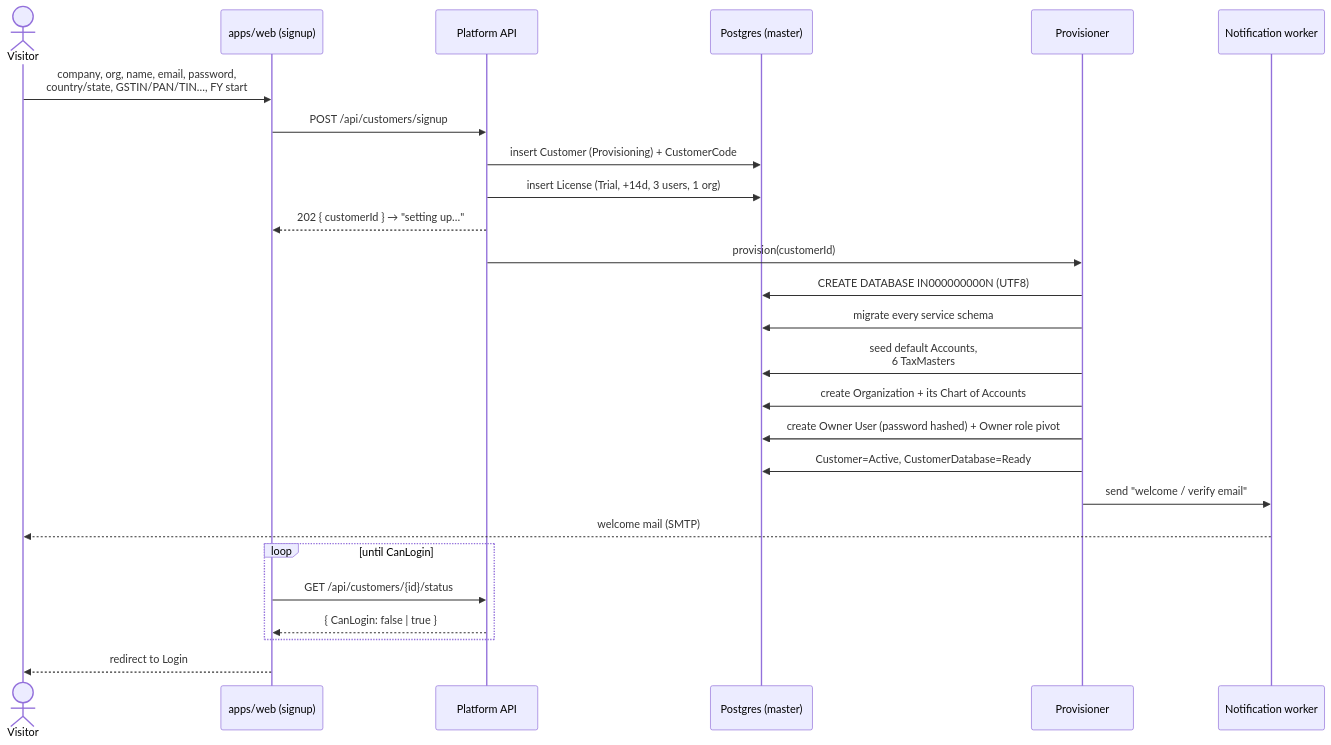
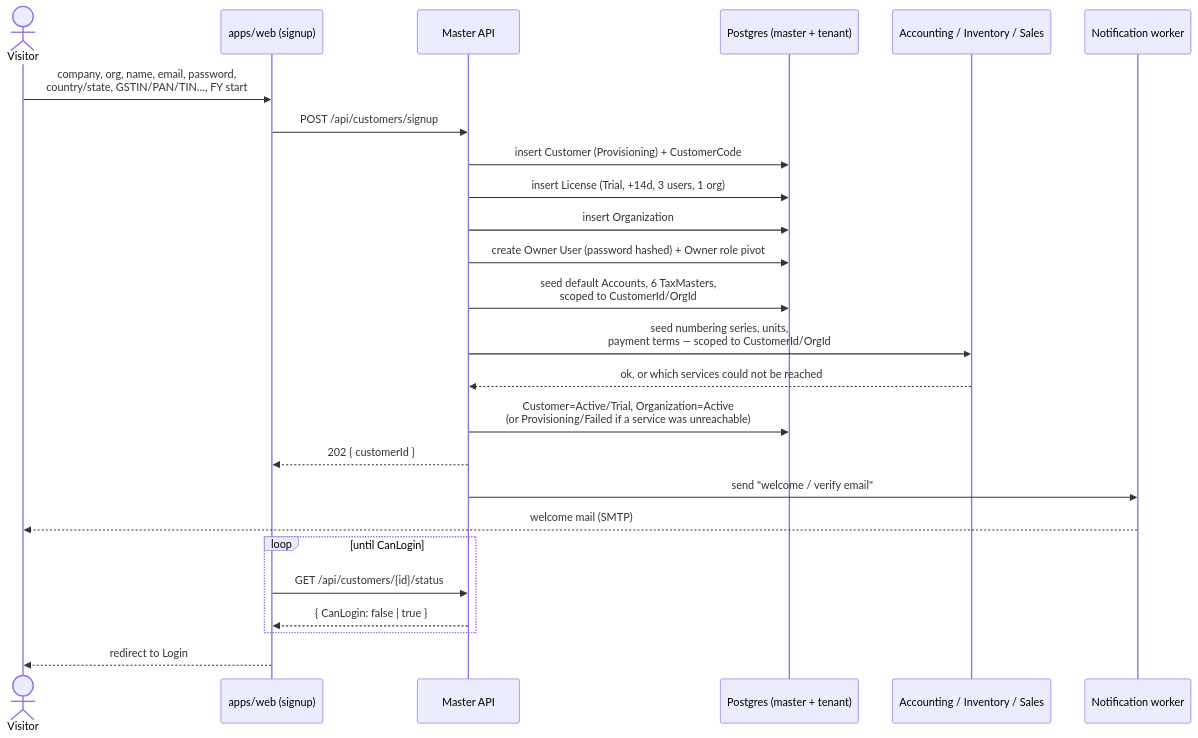
The first of 5 diagrams in docs/Specification.md (jothi-prabaharan/Bill-Book), drawn with Mermaid before and after one commit. The commit also changed other lines of this file and 10 other files, not shown here.

````diff
--- a/docs/Specification.md
+++ b/docs/Specification.md
@@ -1332,29 +1328,28 @@
 ```mermaid
 sequenceDiagram
     actor U as Visitor
     participant W as apps/web (signup)
-    participant P as Platform API
-    participant DB as Postgres (master)
-    participant PV as Provisioner
+    participant P as Master API
+    participant DB as Postgres (master + tenant)
+    participant S as Accounting / Inventory / Sales
     participant N as Notification worker
 
     U->>W: company, org, name, email, password,<br/>country/state, GSTIN/PAN/TIN…, FY start
     W->>P: POST /api/customers/signup
     P->>DB: insert Customer (Provisioning) + CustomerCode
     P->>DB: insert License (Trial, +14d, 3 users, 1 org)
-    P-->>W: 202 { customerId }  → "setting up…"
-    P->>PV: provision(customerId)
-    PV->>DB: CREATE DATABASE IN000000000N (UTF8)
-    PV->>DB: migrate every service schema
-    PV->>DB: seed default Accounts,<br/>6 TaxMasters
-    PV->>DB: create Organization + its Chart of Accounts
-    PV->>DB: create Owner User (password hashed) + Owner role pivot
-    PV->>DB: Customer=Active, CustomerDatabase=Ready
-    PV->>N: send "welcome / verify email"
+    P->>DB: insert Organization
+    P->>DB: create Owner User (password hashed) + Owner role pivot
+    P->>DB: seed default Accounts, 6 TaxMasters,<br/>scoped to CustomerId/OrgId
+    P->>S: seed numbering series, units,<br/>payment terms — scoped to CustomerId/OrgId
+    S-->>P: ok, or which services could not be reached
+    P->>DB: Customer=Active/Trial, Organization=Active<br/>(or Provisioning/Failed if a service was unreachable)
+    P-->>W: 202 { customerId }
+    P->>N: send "welcome / verify email"
     N-->>U: welcome mail (SMTP)
     loop until CanLogin
         W->>P: GET /api/customers/{id}/status
         P-->>W: { CanLogin: false | true }
     end
     W-->>U: redirect to Login
 ```
````
